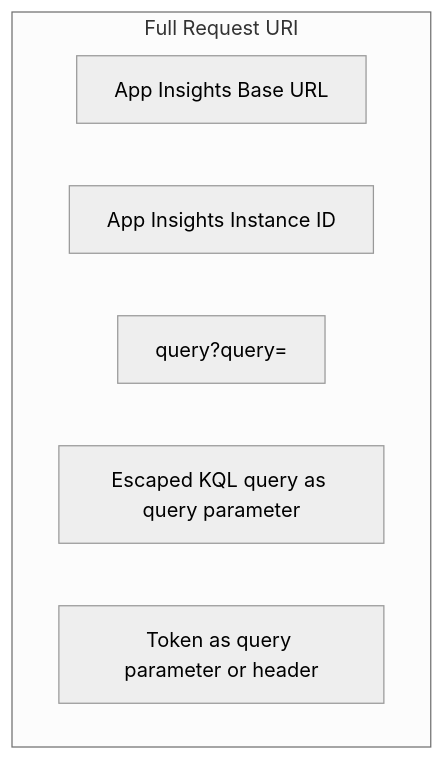
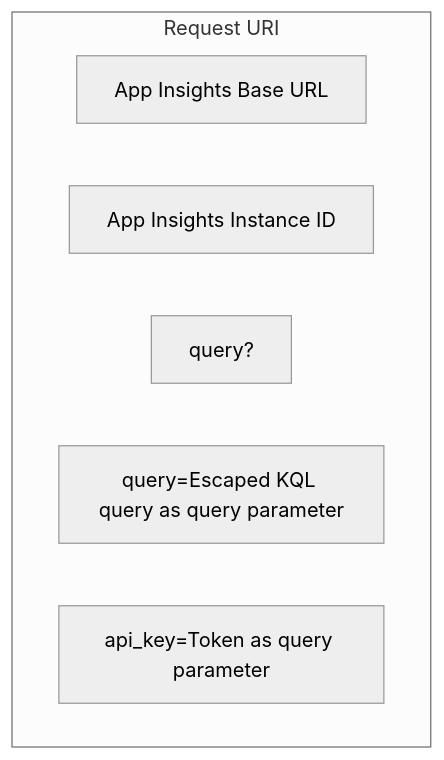
Before and after one commit to freemansoft/speedtest-app-insights: the first of 2 diagrams in Azure Monitor/README.md, drawn with Mermaid (neutral theme). The commit also changed other lines of this file, not shown here.

````diff
--- a/Azure Monitor/README.md
+++ b/Azure Monitor/README.md
@@ -31,10 +31,10 @@
 ```mermaid
 graph
-    subgraph URI[Full Request URI]
+    subgraph URI[Request URI]
         AI-URL[App Insights Base URL]
         AI-ID[App Insights Instance ID]
-        QueryParameters[query?query=]
-        Query[Escaped KQL query as query parameter]
-        Credentials[Token as query parameter or header]
+        QueryParameters[query?]
+        Query[query=Escaped KQL query as query parameter]
+        Credentials[api_key=Token as query parameter]
     end
 ```
````
